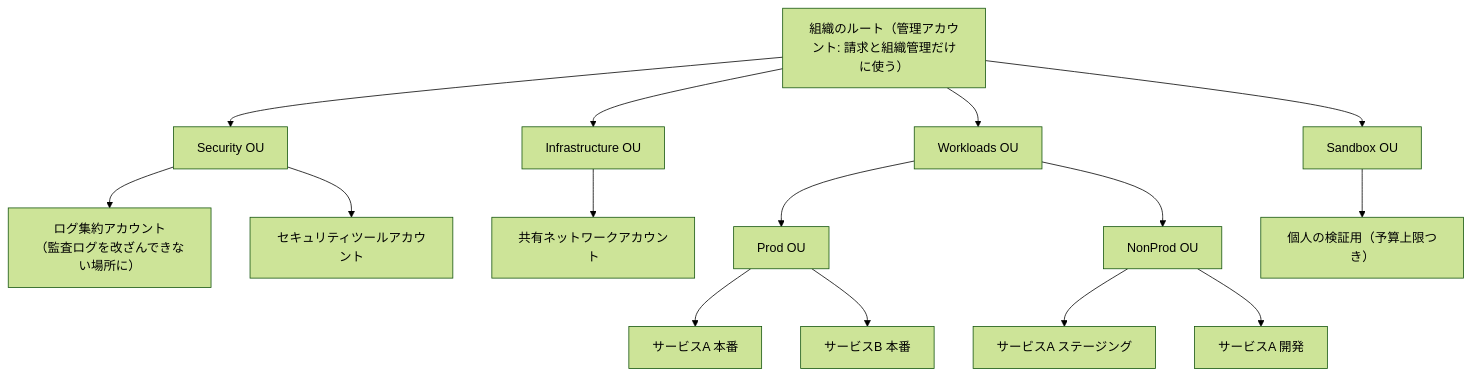
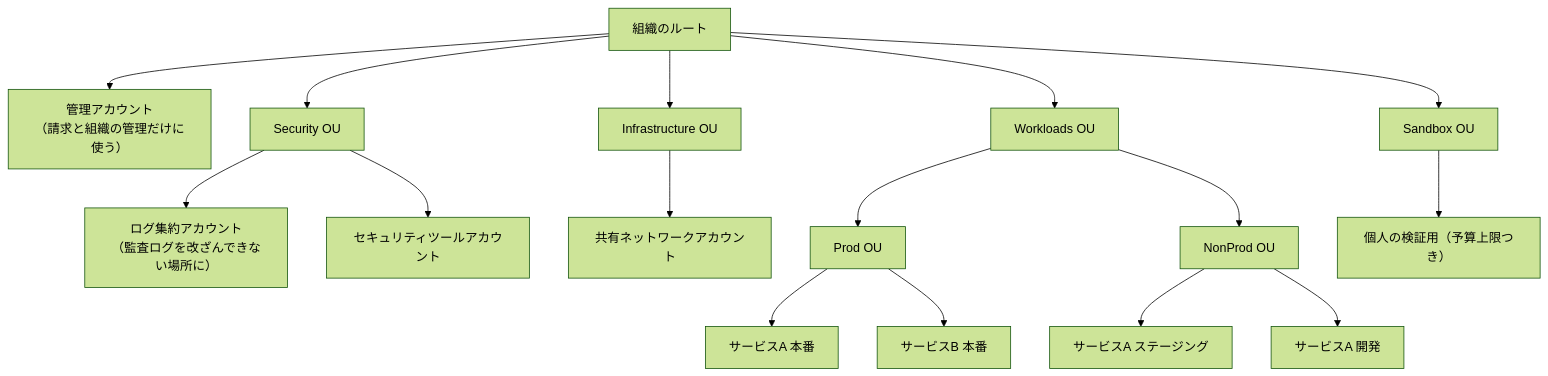
One commit to raku1chi/study-cs changed the third of 4 diagrams in 10-cloud-and-sre/01-cloud-and-iac/README.md. Above: the diagram before and after it, drawn with Mermaid (forest theme). The commit also changed other lines of this file and 38 other files, not shown here.

````diff
--- a/10-cloud-and-sre/01-cloud-and-iac/README.md
+++ b/10-cloud-and-sre/01-cloud-and-iac/README.md
@@ -283,18 +283,19 @@
 ```mermaid
 flowchart TB
-  root["組織のルート（管理アカウント: 請求と組織管理だけに使う）"]
+  root["組織のルート"]
+  root --> mgmt["管理アカウント<br>（請求と組織の管理だけに使う）"]
   root --> sec["Security OU"]
   root --> infra["Infrastructure OU"]
   root --> wl["Workloads OU"]
   root --> sbx["Sandbox OU"]
   sec --> logs["ログ集約アカウント<br>（監査ログを改ざんできない場所に）"]
   sec --> audit["セキュリティツールアカウント"]
   infra --> net["共有ネットワークアカウント"]
   wl --> prod["Prod OU"]
   wl --> nonprod["NonProd OU"]
   prod --> p1["サービスA 本番"]
   prod --> p2["サービスB 本番"]
   nonprod --> s1["サービスA ステージング"]
   nonprod --> d1["サービスA 開発"]
   sbx --> x1["個人の検証用（予算上限つき）"]
 ```
````
